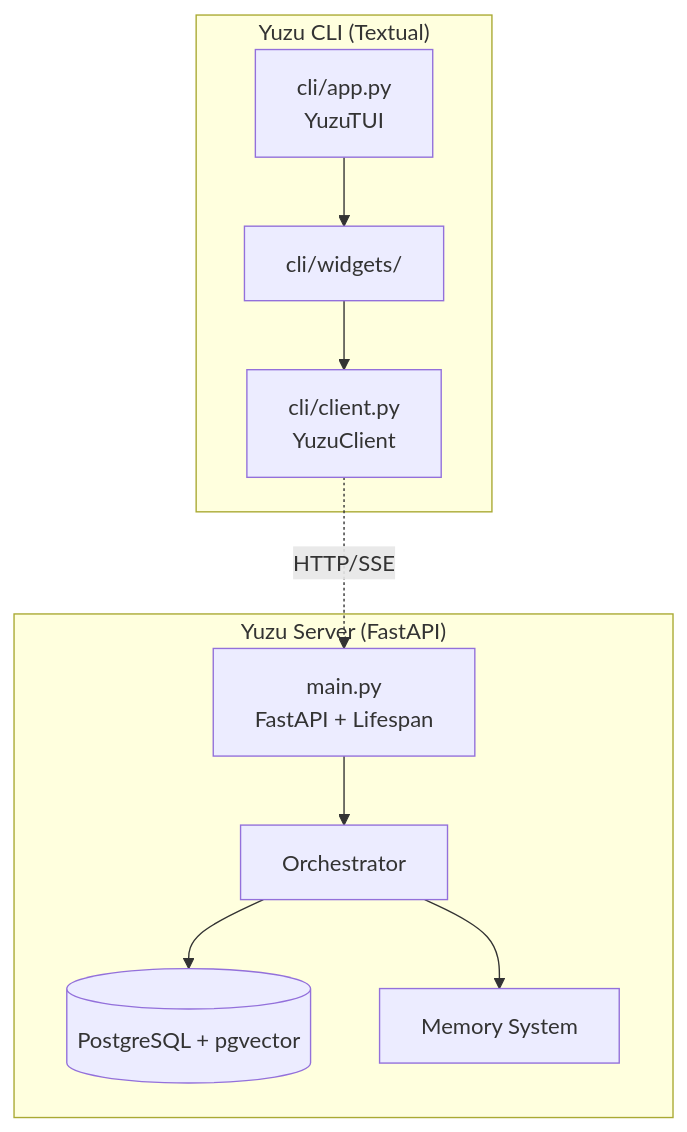
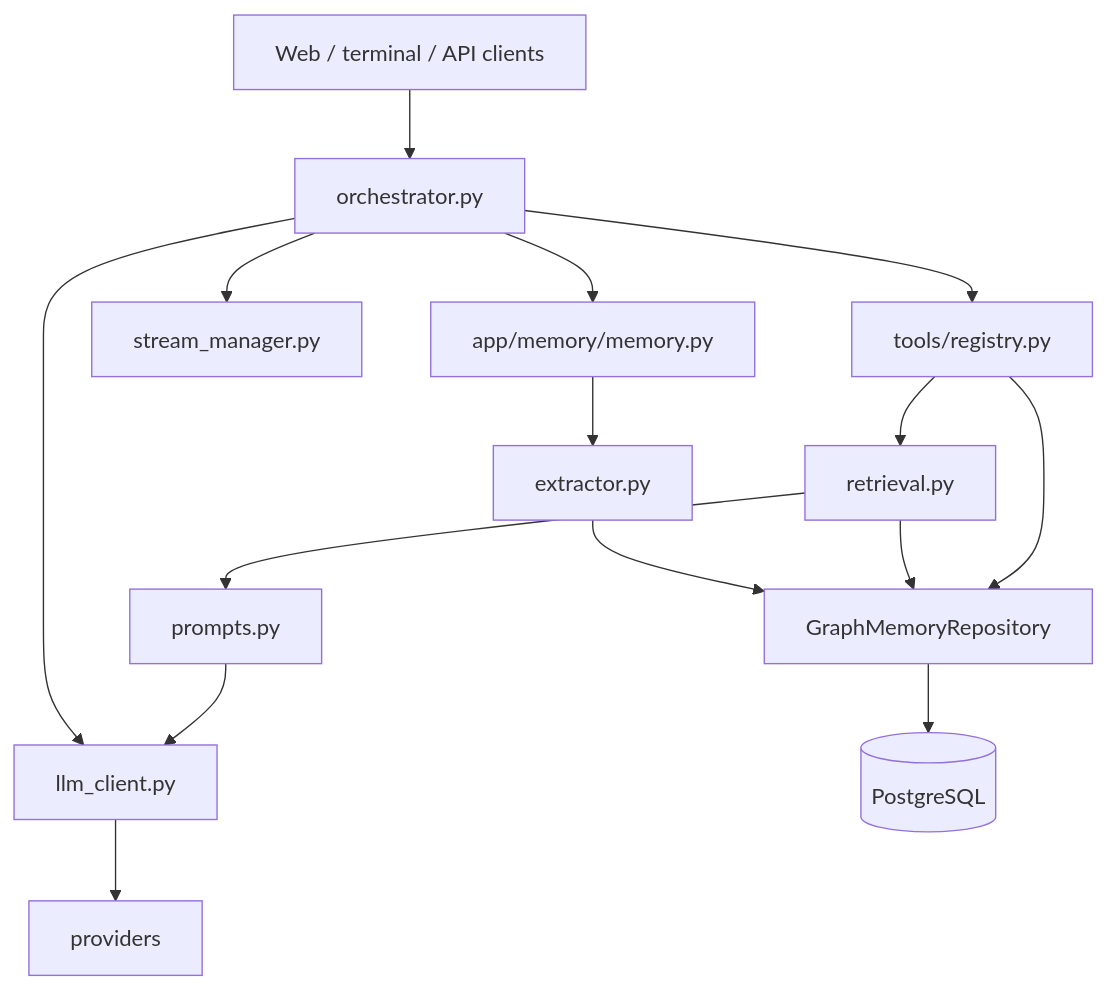
Before and after one commit to icedeyes12/yuzu-core: the first of 2 diagrams in docs/ARCHITECTURE.md, drawn with Mermaid. The commit also changed other lines of this file and 6 other files, not shown here.

````diff
--- a/docs/ARCHITECTURE.md
+++ b/docs/ARCHITECTURE.md
@@ -721,22 +9,17 @@
 ```mermaid
 flowchart TB
-    subgraph TUI["Yuzu CLI (Textual)"]
-        APP[cli/app.py<br/>YuzuTUI]
-        W[cli/widgets/]
-        CLIENT[cli/client.py<br/>YuzuClient]
-    end
-    
-    subgraph Backend["Yuzu Server (FastAPI)"]
-        MAIN[main.py<br/>FastAPI + Lifespan]
-        DB[(PostgreSQL + pgvector)]
-        MEM[Memory System]
-        ORCH[Orchestrator]
-    end
-    
-    APP --> W
-    W --> CLIENT
-    CLIENT -.->|HTTP/SSE| MAIN
-    MAIN --> ORCH
-    ORCH --> DB
-    ORCH --> MEM
+    UI[Web / terminal / API clients] --> O[orchestrator.py]
+    O --> L[llm_client.py]
+    L --> P[providers]
+    O --> T[tools/registry.py]
+    O --> S[stream_manager.py]
+    O --> M[app/memory/memory.py]
+    M --> X[extractor.py]
+    X --> G[GraphMemoryRepository]
+    G --> DB[(PostgreSQL)]
+    R[retrieval.py] --> G
+    R --> PR[prompts.py]
+    PR --> L
+    T --> R
+    T --> G
 ```
````
